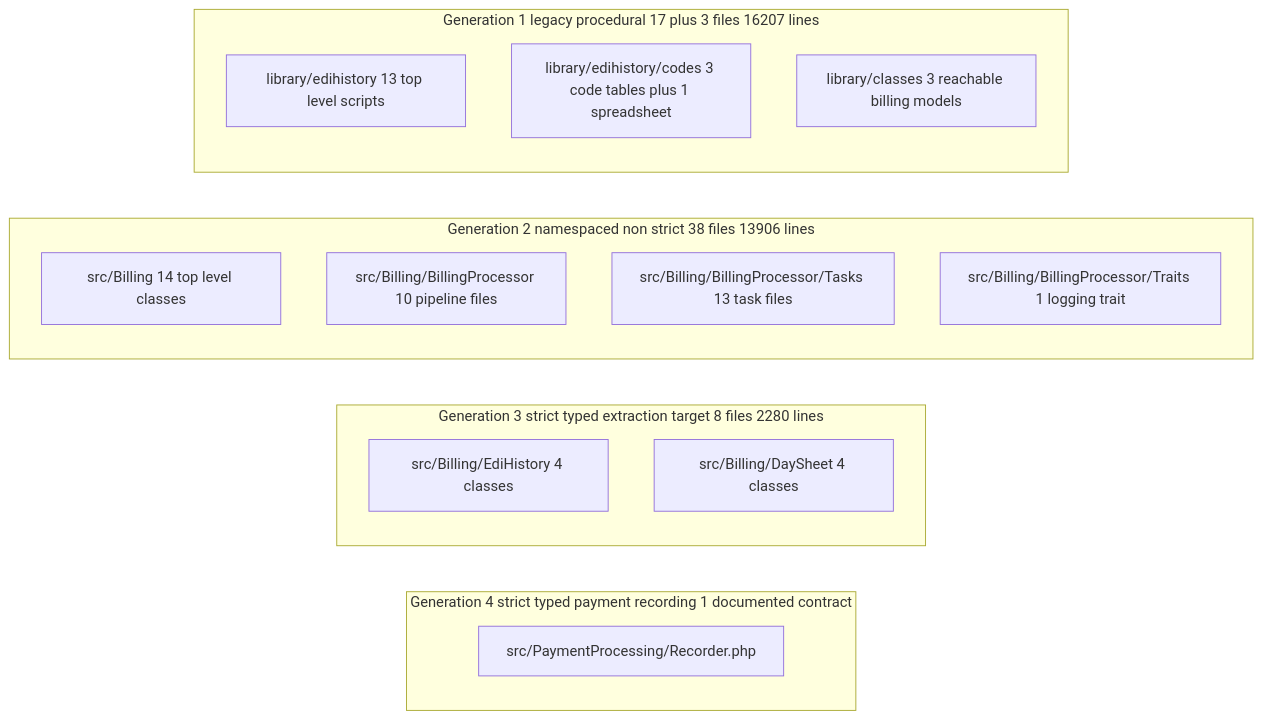
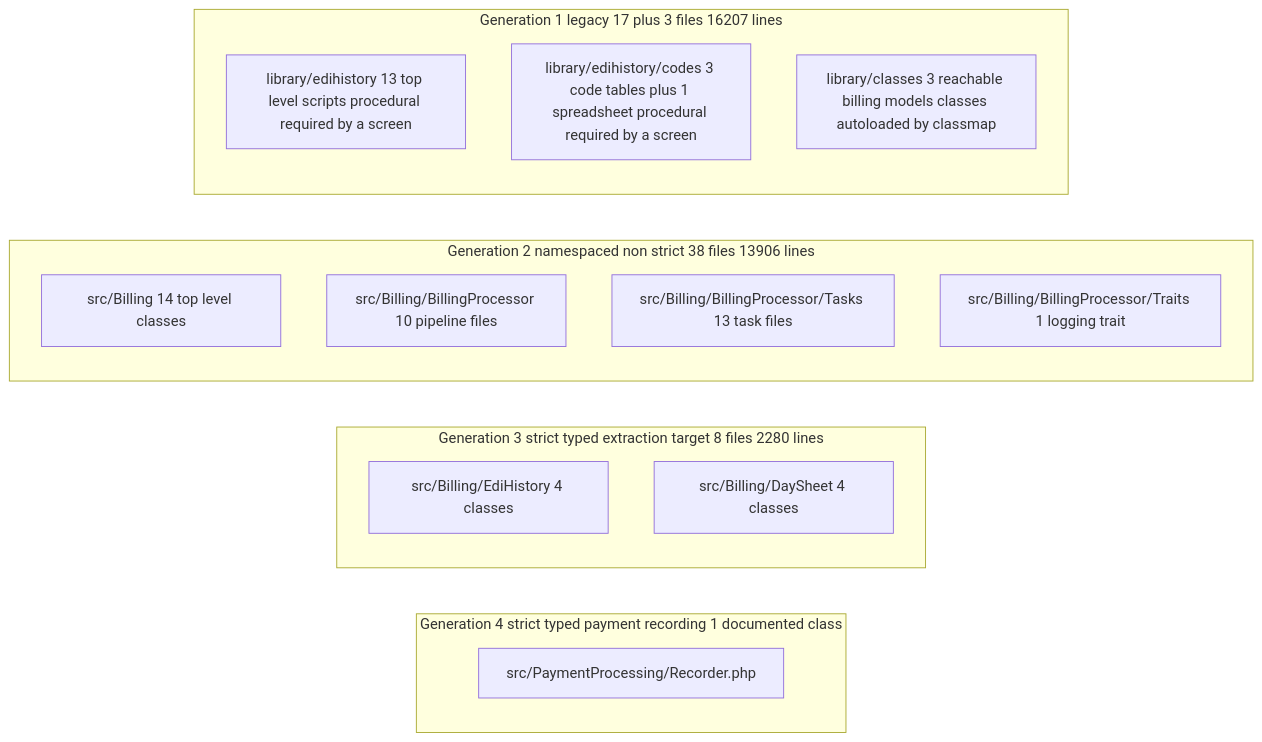
Before and after one commit to blitzy-public-samples/openemr: the first of 4 diagrams in docs/edi/architecture.md, drawn with Mermaid. The commit also changed other lines of this file and 1 other file, not shown here.

First line of the commit message:
docs(edi): address review findings in architecture map and index

````diff
--- a/docs/edi/architecture.md
+++ b/docs/edi/architecture.md
@@ -91,28 +95,28 @@
 ```mermaid
 flowchart TB
-    subgraph GEN1["Generation 1 legacy procedural 17 plus 3 files 16207 lines"]
+    subgraph GEN1["Generation 1 legacy 17 plus 3 files 16207 lines"]
         direction TB
-        G1A["library/edihistory 13 top level scripts"]
-        G1B["library/edihistory/codes 3 code tables plus 1 spreadsheet"]
-        G1C["library/classes 3 reachable billing models"]
+        G1A["library/edihistory 13 top level scripts procedural required by a screen"]
+        G1B["library/edihistory/codes 3 code tables plus 1 spreadsheet procedural required by a screen"]
+        G1C["library/classes 3 reachable billing models classes autoloaded by classmap"]
     end
     subgraph GEN2["Generation 2 namespaced non strict 38 files 13906 lines"]
         direction TB
         G2A["src/Billing 14 top level classes"]
         G2B["src/Billing/BillingProcessor 10 pipeline files"]
         G2C["src/Billing/BillingProcessor/Tasks 13 task files"]
         G2D["src/Billing/BillingProcessor/Traits 1 logging trait"]
     end
     subgraph GEN3["Generation 3 strict typed extraction target 8 files 2280 lines"]
         direction TB
         G3A["src/Billing/EdiHistory 4 classes"]
         G3B["src/Billing/DaySheet 4 classes"]
     end
-    subgraph GEN4["Generation 4 strict typed payment recording 1 documented contract"]
+    subgraph GEN4["Generation 4 strict typed payment recording 1 documented class"]
         direction TB
         G4A["src/PaymentProcessing/Recorder.php"]
     end
     GEN1 ~~~ GEN2
     GEN2 ~~~ GEN3
     GEN3 ~~~ GEN4
 ```
````
